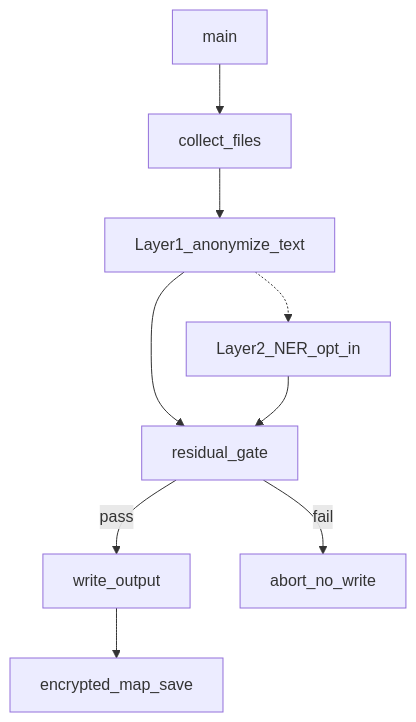
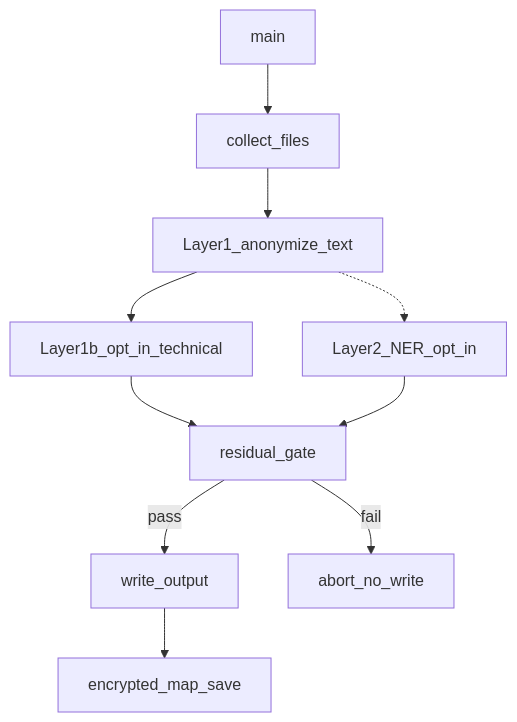
One commit to alkitect/pii-intake-pseudonymizer changed the diagram in docs/architecture/c3-cli-components.md. Above: the diagram before and after it, drawn with Mermaid. The commit also changed other lines of this file and 10 other files, not shown here.

First line of the commit message:
docs(docs): document Layer 1b technical scrub and --also-technical

````diff
--- a/docs/architecture/c3-cli-components.md
+++ b/docs/architecture/c3-cli-components.md
@@ -48,18 +61,20 @@
 ```mermaid
 flowchart TB
   main[main]
   collect[collect_files]
   tok[Layer1_anonymize_text]
+  tech[Layer1b_opt_in_technical]
   ner[Layer2_NER_opt_in]
   residual[residual_gate]
   write[write_output]
   mapSave[encrypted_map_save]
   abort[abort_no_write]
   main --> collect --> tok
+  tok --> tech
   tok -.-> ner
-  tok --> residual
+  tech --> residual
   ner --> residual
   residual -->|pass| write
   residual -->|fail| abort
   write --> mapSave
 ```
````
